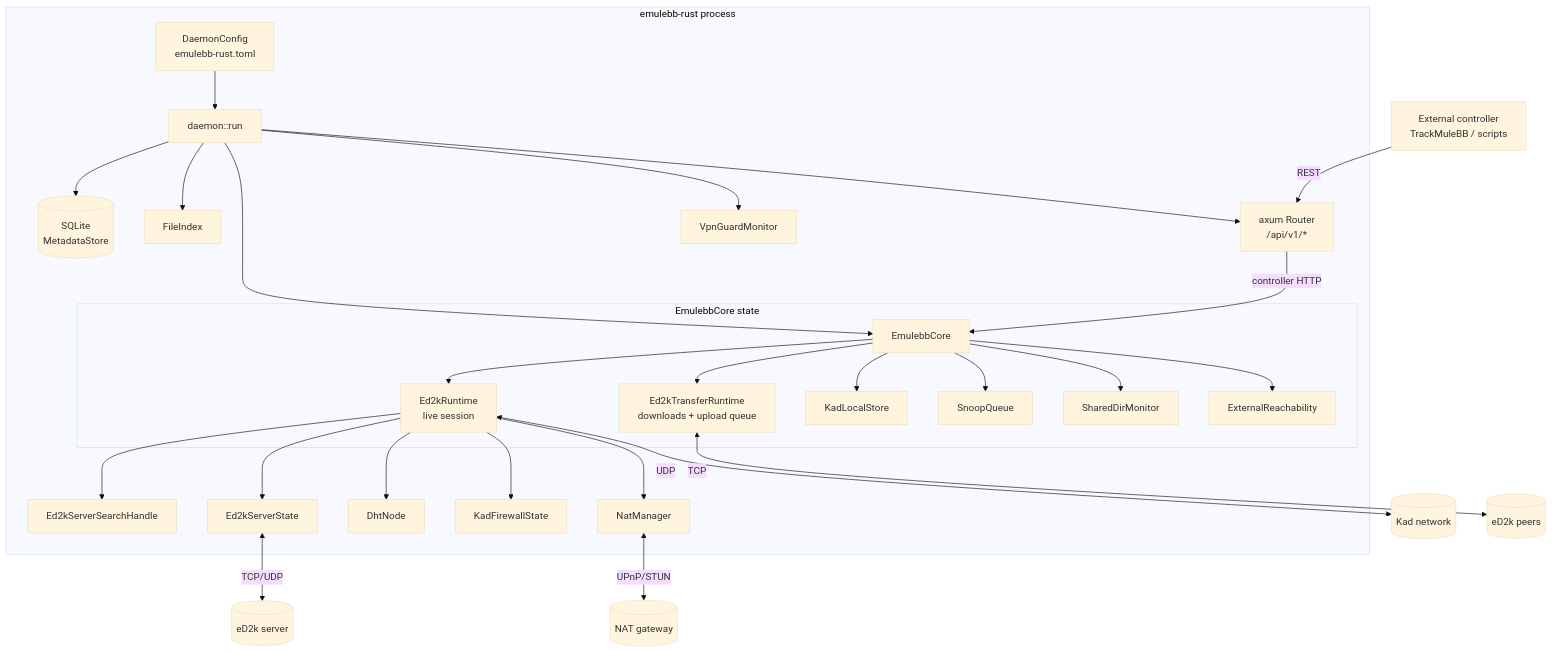
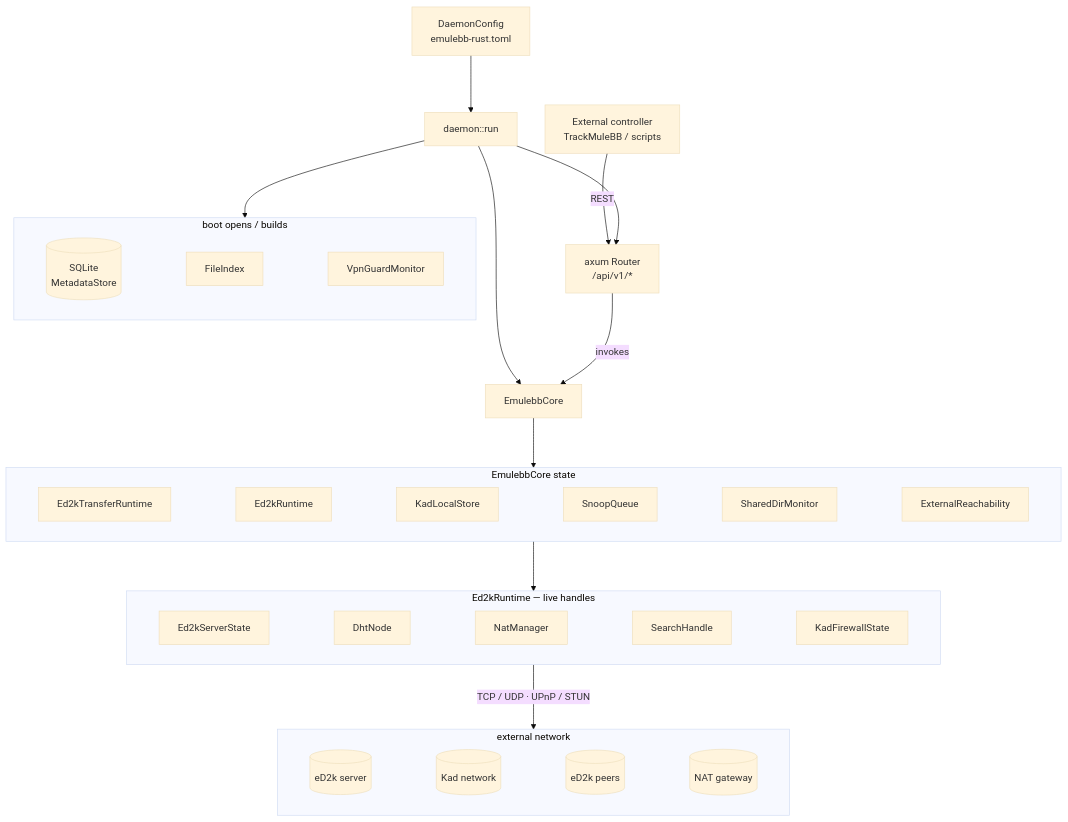
The second of 5 diagrams in docs/design/architecture.md (emulebb/emulebb-rust), drawn with Mermaid (base theme) before and after one commit. The commit also changed other lines of this file, not shown here.

First line of the commit message:
docs: improve mermaid layout — taller, less crowded

````diff
--- a/docs/design/architecture.md
+++ b/docs/design/architecture.md
@@ -85,34 +86,34 @@
 ```mermaid
-graph TD
-    subgraph proc[emulebb-rust process]
-        cfg[DaemonConfig<br/>emulebb-rust.toml] --> boot[daemon::run]
-        boot --> sqlite[(SQLite<br/>MetadataStore)]
-        boot --> idx[FileIndex]
-        boot --> coreobj[EmulebbCore]
-        boot --> router[axum Router<br/>/api/v1/*]
-        boot --> vpn[VpnGuardMonitor]
+%%{init: {'flowchart': {'nodeSpacing': 45, 'rankSpacing': 80}}}%%
+graph TB
+    cfg[DaemonConfig<br/>emulebb-rust.toml] --> boot[daemon::run]
+    ctrl[External controller<br/>TrackMuleBB / scripts] -->|REST| router
 
-        router -->|controller HTTP| coreobj
+    boot --> coreobj[EmulebbCore]
+    boot --> router[axum Router<br/>/api/v1/*]
+    router -->|invokes| coreobj
 
-        subgraph coreobj_sub[EmulebbCore state]
-            coreobj --> tr[Ed2kTransferRuntime<br/>downloads + upload queue]
-            coreobj --> rt[Ed2kRuntime<br/>live session]
-            coreobj --> kls[KadLocalStore]
-            coreobj --> snoop[SnoopQueue]
-            coreobj --> sdm[SharedDirMonitor]
-            coreobj --> reach[ExternalReachability]
-        end
+    subgraph stores[boot opens / builds]
+        direction LR
+        sqlite[(SQLite<br/>MetadataStore)] ~~~ idx[FileIndex] ~~~ vpn[VpnGuardMonitor]
+    end
+    boot --> stores
 
-        rt --> search[Ed2kServerSearchHandle]
-        rt --> srv[Ed2kServerState]
-        rt --> dht[DhtNode]
-        rt --> fw[KadFirewallState]
-        rt --> nat[NatManager]
+    subgraph state[EmulebbCore state]
+        direction LR
+        tr[Ed2kTransferRuntime] ~~~ rt[Ed2kRuntime] ~~~ kls[KadLocalStore] ~~~ snoop[SnoopQueue] ~~~ sdm[SharedDirMonitor] ~~~ reach[ExternalReachability]
     end
+    coreobj --> state
 
-    ctrl[External controller<br/>TrackMuleBB / scripts] -->|REST| router
-    srv <-->|TCP/UDP| eserver[(eD2k server)]
-    rt <-->|UDP| kadnet[(Kad network)]
-    tr <-->|TCP| peers[(eD2k peers)]
-    nat <-->|UPnP/STUN| gw[(NAT gateway)]
+    subgraph live[Ed2kRuntime — live handles]
+        direction LR
+        srv[Ed2kServerState] ~~~ dht[DhtNode] ~~~ nat[NatManager] ~~~ search[SearchHandle] ~~~ fw[KadFirewallState]
+    end
+    state --> live
+
+    subgraph net[external network]
+        direction LR
+        eserver[(eD2k server)] ~~~ kadnet[(Kad network)] ~~~ peers[(eD2k peers)] ~~~ gw[(NAT gateway)]
+    end
+    live -->|TCP / UDP · UPnP / STUN| net
 ```
````
